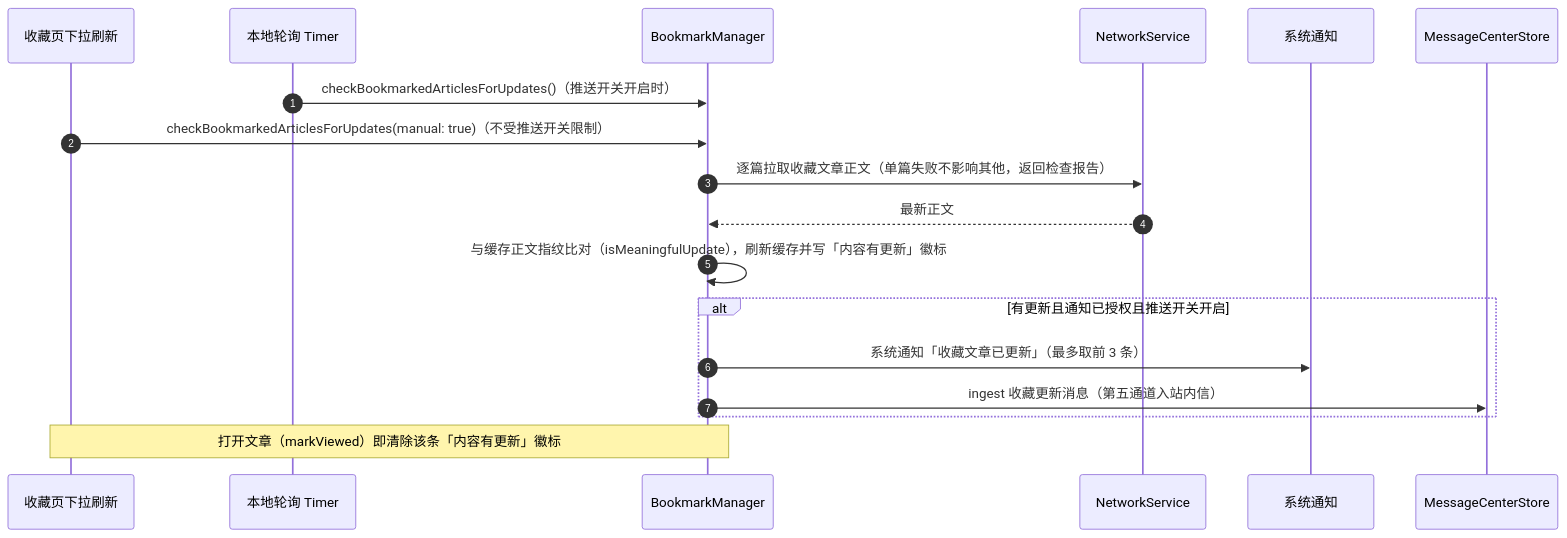
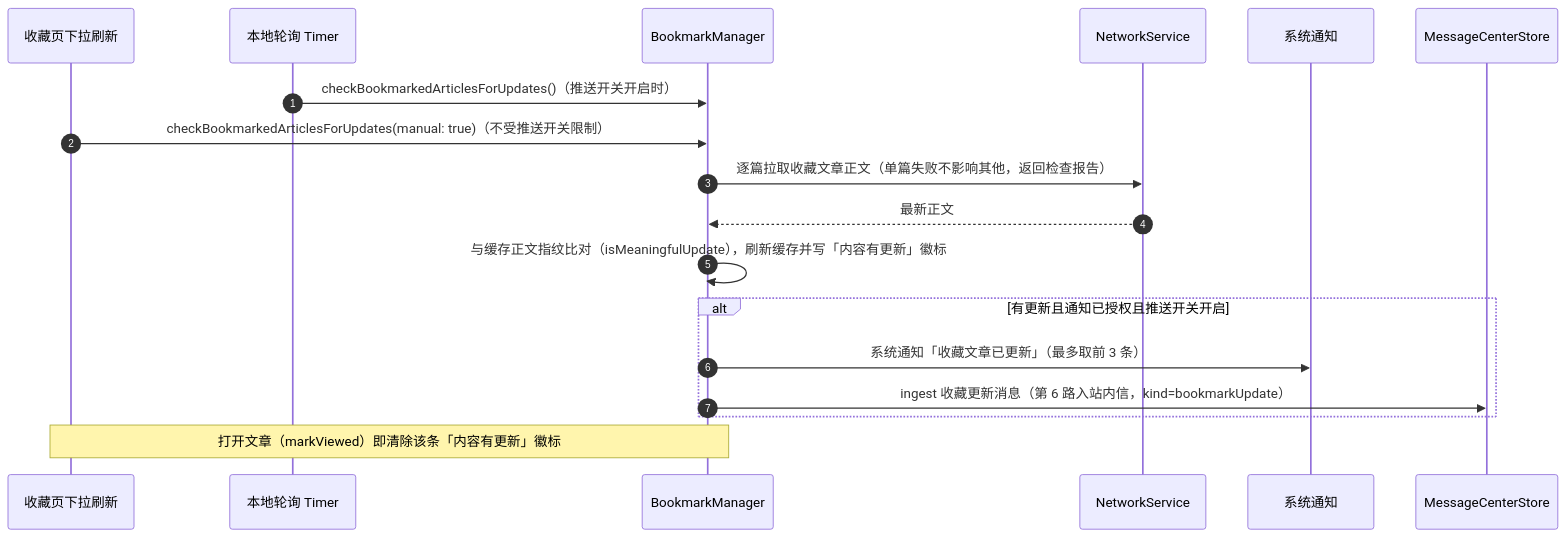
One commit to kkkh/demo changed the fourth of 5 diagrams in qin/docs/code-wiki/04-依赖关系.md. Above: the diagram before and after it, drawn with Mermaid. The commit also changed other lines of this file and 5 other files, not shown here.

````diff
--- a/qin/docs/code-wiki/04-依赖关系.md
+++ b/qin/docs/code-wiki/04-依赖关系.md
@@ -264,20 +275,20 @@
 ```mermaid
 sequenceDiagram
     autonumber
     participant User as 收藏页下拉刷新
     participant Timer as 本地轮询 Timer
     participant BM as BookmarkManager
     participant NS as NetworkService
     participant Sys as 系统通知
     participant MC as MessageCenterStore
     Timer->>BM: checkBookmarkedArticlesForUpdates()（推送开关开启时）
     User->>BM: checkBookmarkedArticlesForUpdates(manual: true)（不受推送开关限制）
     BM->>NS: 逐篇拉取收藏文章正文（单篇失败不影响其他，返回检查报告）
     NS-->>BM: 最新正文
     BM->>BM: 与缓存正文指纹比对（isMeaningfulUpdate），刷新缓存并写「内容有更新」徽标
     alt 有更新且通知已授权且推送开关开启
         BM->>Sys: 系统通知「收藏文章已更新」（最多取前 3 条）
-        BM->>MC: ingest 收藏更新消息（第五通道入站内信）
+        BM->>MC: ingest 收藏更新消息（第 6 路入站内信，kind=bookmarkUpdate）
     end
     Note over User,BM: 打开文章（markViewed）即清除该条「内容有更新」徽标
 ```
````
